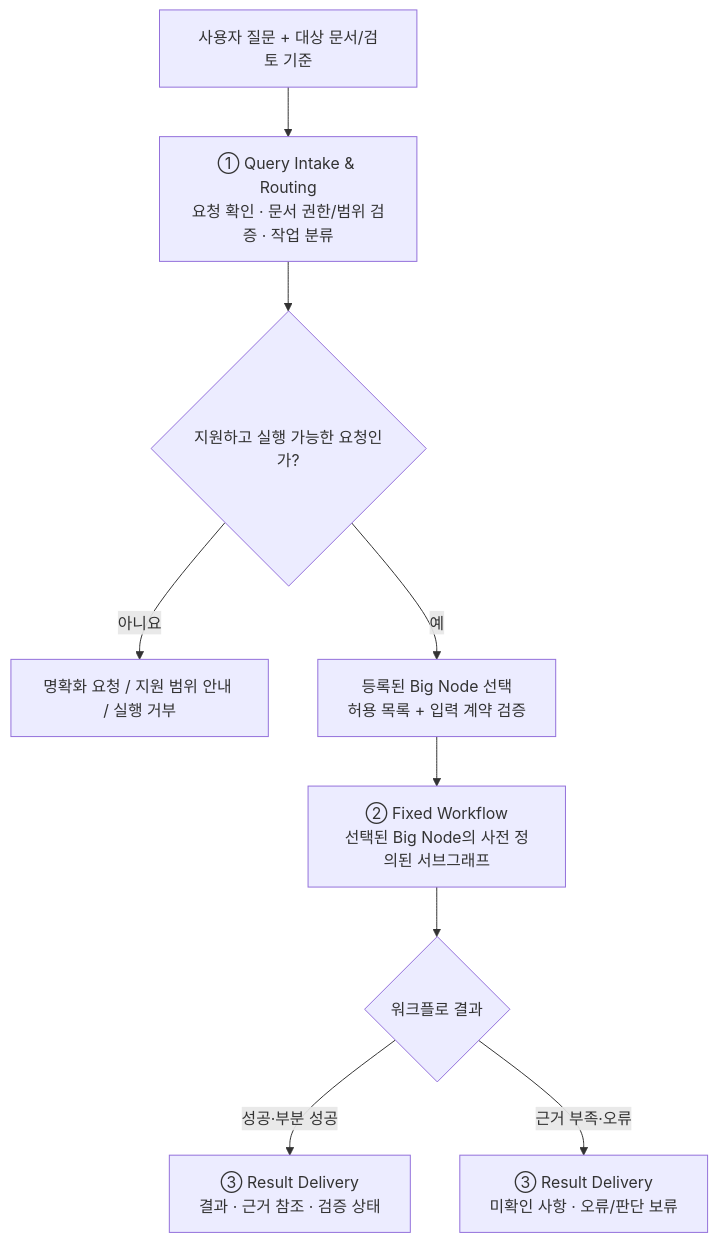
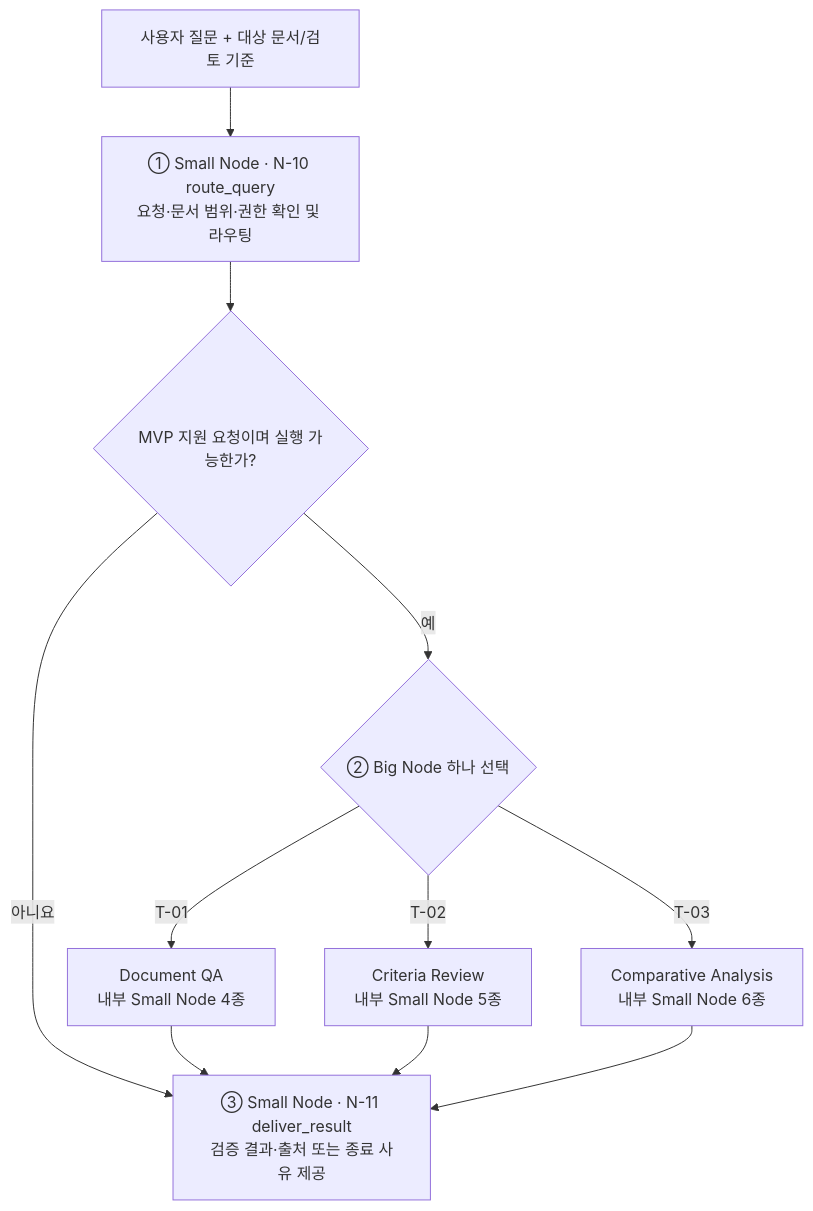
Before and after one commit to Jungminii-1114/P_Project_t5: the first of 4 diagrams in docs/query-agent-mvp.md, drawn with Mermaid. The commit also changed other lines of this file, not shown here.

Commit message:
docs: freeze MVP Small-Big-Small workflow and map top-level nodes

````diff
--- a/docs/query-agent-mvp.md
+++ b/docs/query-agent-mvp.md
@@ -15,11 +15,13 @@
 ```mermaid
 flowchart TD
-    U["사용자 질문 + 대상 문서/검토 기준"] --> Q["① Query Intake & Routing<br/>요청 확인 · 문서 권한/범위 검증 · 작업 분류"]
-    Q --> D{"지원하고 실행 가능한 요청인가?"}
-    D -->|"아니요"| N["명확화 요청 / 지원 범위 안내 / 실행 거부"]
-    D -->|"예"| R["등록된 Big Node 선택<br/>허용 목록 + 입력 계약 검증"]
-    R --> W["② Fixed Workflow<br/>선택된 Big Node의 사전 정의된 서브그래프"]
-    W --> S{"워크플로 결과"}
-    S -->|"성공·부분 성공"| O["③ Result Delivery<br/>결과 · 근거 참조 · 검증 상태"]
-    S -->|"근거 부족·오류"| F["③ Result Delivery<br/>미확인 사항 · 오류/판단 보류"]
+    U["사용자 질문 + 대상 문서/검토 기준"] --> S10["① Small Node · N-10 route_query<br/>요청·문서 범위·권한 확인 및 라우팅"]
+    S10 --> D{"MVP 지원 요청이며 실행 가능한가?"}
+    D -->|"아니요"| S11["③ Small Node · N-11 deliver_result<br/>검증 결과·출처 또는 종료 사유 제공"]
+    D -->|"예"| R{"② Big Node 하나 선택"}
+    R -->|"T-01"| B1["Document QA<br/>내부 Small Node 4종"]
+    R -->|"T-02"| B2["Criteria Review<br/>내부 Small Node 5종"]
+    R -->|"T-03"| B3["Comparative Analysis<br/>내부 Small Node 6종"]
+    B1 --> S11
+    B2 --> S11
+    B3 --> S11
 ```
````
